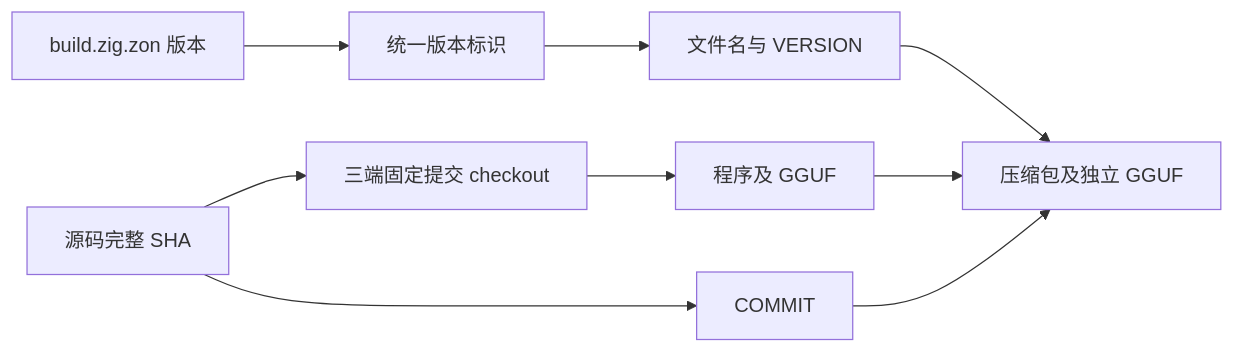
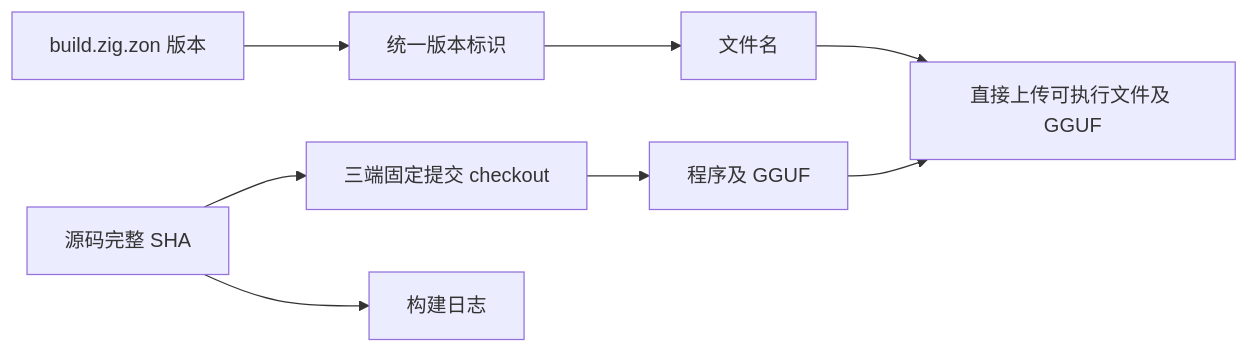
Before and after one commit to MatrixAges/gpu-code-spacer: the second of 2 diagrams in docs/2026-09-15/主分支同步与版本打包.md, drawn with Mermaid. The commit also changed other lines of this file and 2 other files, not shown here.

Commit message:
ci: upload versioned binaries and GGUF without archives

````diff
--- a/docs/2026-09-15/主分支同步与版本打包.md
+++ b/docs/2026-09-15/主分支同步与版本打包.md
@@ -46,11 +46,10 @@
 ```mermaid
 flowchart LR
     A[build.zig.zon 版本] --> C[统一版本标识]
     B[源码完整 SHA] --> D[三端固定提交 checkout]
     D --> E[程序及 GGUF]
-    C --> F[文件名与 VERSION]
-    B --> G[COMMIT]
-    E --> H[压缩包及独立 GGUF]
+    C --> F[文件名]
+    B --> G[构建日志]
+    E --> H[直接上传可执行文件及 GGUF]
     F --> H
-    G --> H
 ```
````
